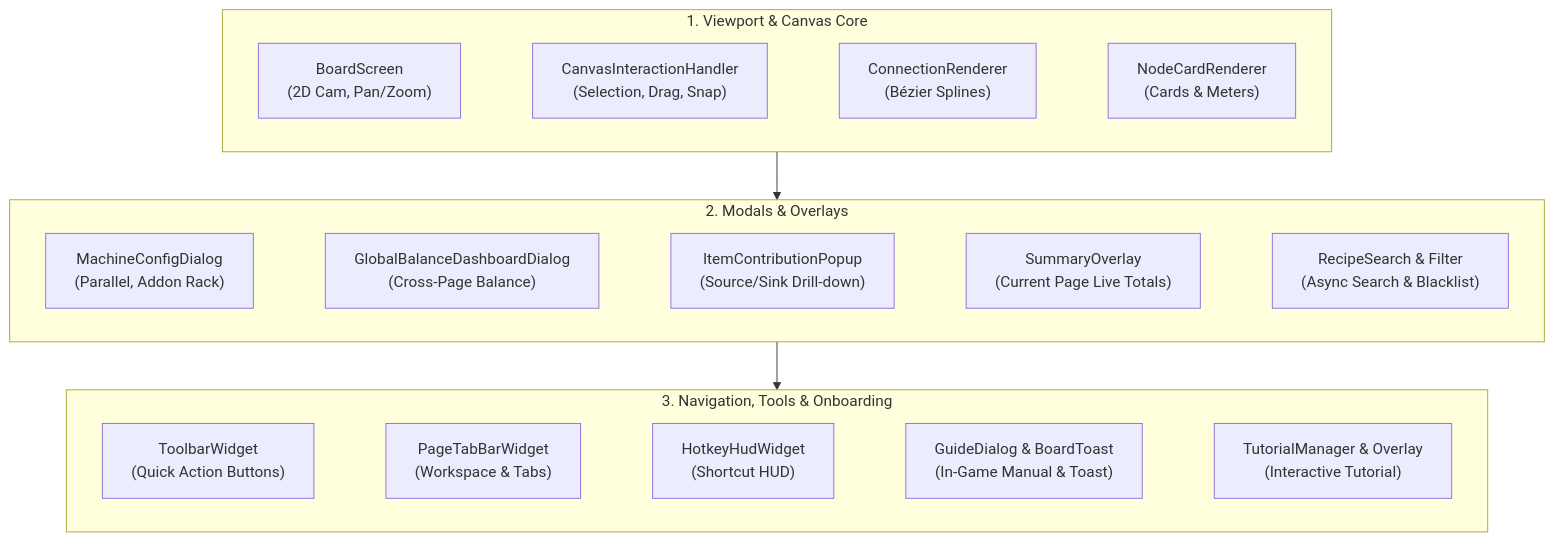
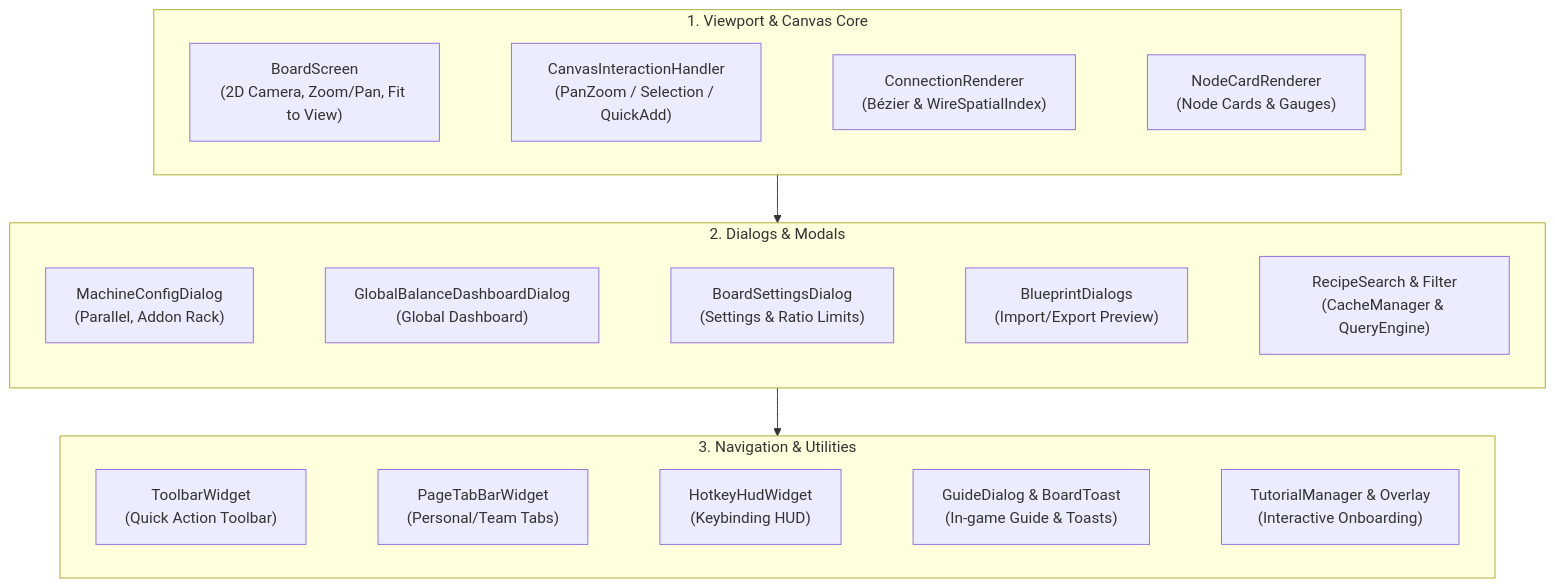
Before and after one commit to Amvermain/GregTechCalculatorBoard: the diagram in docs/en_us/spec/03_UI_AND_RENDERING_PIPELINE.md, drawn with Mermaid. The commit also changed other lines of this file and 191 other files, not shown here.

````diff
--- a/docs/en_us/spec/03_UI_AND_RENDERING_PIPELINE.md
+++ b/docs/en_us/spec/03_UI_AND_RENDERING_PIPELINE.md
@@ -12,20 +12,20 @@
 ```mermaid
 flowchart TB
     subgraph Viewport["1. Viewport & Canvas Core"]
         direction LR
-        BS["BoardScreen<br/>(2D Cam, Pan/Zoom)"] ~~~ CIH["CanvasInteractionHandler<br/>(Selection, Drag, Snap)"] ~~~ CR["ConnectionRenderer<br/>(Bézier Splines)"] ~~~ NCR["NodeCardRenderer<br/>(Cards & Meters)"]
+        BS["BoardScreen<br/>(2D Camera, Zoom/Pan, Fit to View)"] ~~~ CIH["CanvasInteractionHandler<br/>(PanZoom / Selection / QuickAdd)"] ~~~ CR["ConnectionRenderer<br/>(Bézier & WireSpatialIndex)"] ~~~ NCR["NodeCardRenderer<br/>(Node Cards & Gauges)"]
     end
 
-    subgraph Dialogs["2. Modals & Overlays"]
+    subgraph Dialogs["2. Dialogs & Modals"]
         direction LR
-        MCD["MachineConfigDialog<br/>(Parallel, Addon Rack)"] ~~~ GBD["GlobalBalanceDashboardDialog<br/>(Cross-Page Balance)"] ~~~ ICP["ItemContributionPopup<br/>(Source/Sink Drill-down)"] ~~~ SO["SummaryOverlay<br/>(Current Page Live Totals)"] ~~~ RSD["RecipeSearch & Filter<br/>(Async Search & Blacklist)"]
+        MCD["MachineConfigDialog<br/>(Parallel, Addon Rack)"] ~~~ GBD["GlobalBalanceDashboardDialog<br/>(Global Dashboard)"] ~~~ BSD["BoardSettingsDialog<br/>(Settings & Ratio Limits)"] ~~~ BPD["BlueprintDialogs<br/>(Import/Export Preview)"] ~~~ RSD["RecipeSearch & Filter<br/>(CacheManager & QueryEngine)"]
     end
 
-    subgraph Nav["3. Navigation, Tools & Onboarding"]
+    subgraph Nav["3. Navigation & Utilities"]
         direction LR
-        TBW["ToolbarWidget<br/>(Quick Action Buttons)"] ~~~ PTB["PageTabBarWidget<br/>(Workspace & Tabs)"] ~~~ HUD["HotkeyHudWidget<br/>(Shortcut HUD)"] ~~~ GD["GuideDialog & BoardToast<br/>(In-Game Manual & Toast)"] ~~~ TUT["TutorialManager & Overlay<br/>(Interactive Tutorial)"]
+        TBW["ToolbarWidget<br/>(Quick Action Toolbar)"] ~~~ PTB["PageTabBarWidget<br/>(Personal/Team Tabs)"] ~~~ HUD["HotkeyHudWidget<br/>(Keybinding HUD)"] ~~~ GD["GuideDialog & BoardToast<br/>(In-game Guide & Toasts)"] ~~~ TUT["TutorialManager & Overlay<br/>(Interactive Onboarding)"]
     end
 
     Viewport --> Dialogs
     Dialogs --> Nav
 ```
````
